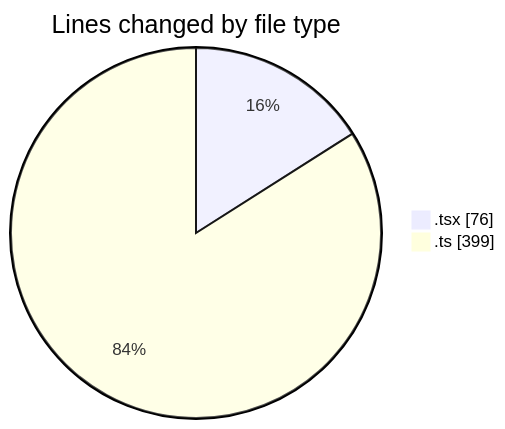
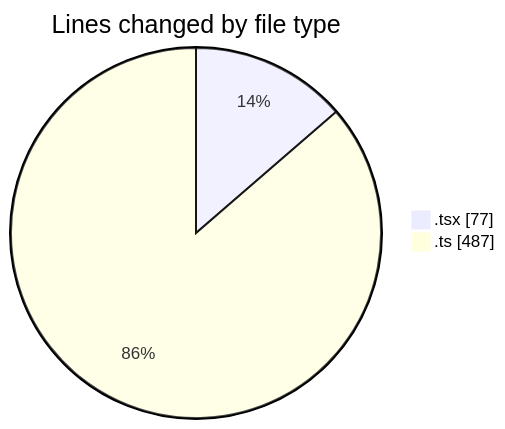
Before and after one commit to robertbonfada/code-tracking: the first of 2 diagrams in 2025-01-22/mbc-web/README.md, drawn with Mermaid. The commit also changed other lines of this file and 1 other file, not shown here.

````diff
--- a/2025-01-22/mbc-web/README.md
+++ b/2025-01-22/mbc-web/README.md
@@ -23,6 +23,6 @@
 ```mermaid
 pie showData
 title Lines changed by file type
-".tsx" : 76
-".ts" : 399
+".tsx" : 77
+".ts" : 487
 ```
````
